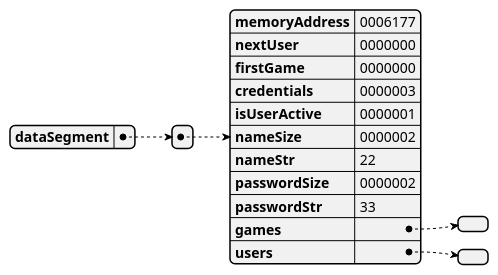
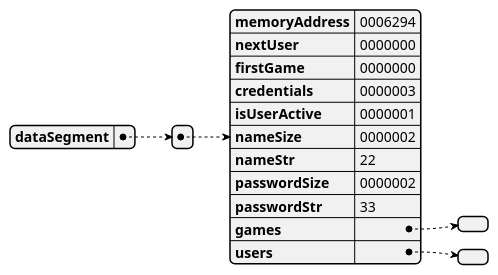
Before and after one commit to danielcuque/ACE1-PROYECTO2: the diagram in docs/uml/README.md, drawn with PlantUML. The commit also changed 3 other files, not shown here.

`````diff
--- a/docs/uml/README.md
+++ b/docs/uml/README.md
@@ -1,16 +1,16 @@
 ````plantuml
 @startjson memoryGraph
 {"dataSegment":
-[{"memoryAddress":"0006177",
+[{"memoryAddress":"0006294",
 "nextUser":"0000000",
 "firstGame":"0000000",
 "credentials":"0000003",
 "isUserActive":"0000001",
 "nameSize":"0000002",
 "nameStr":"22",
 "passwordSize":"0000002",
 "passwordStr":"33",
 "games":[],
 "users":[]}]}
 @endjson
 ````
`````
